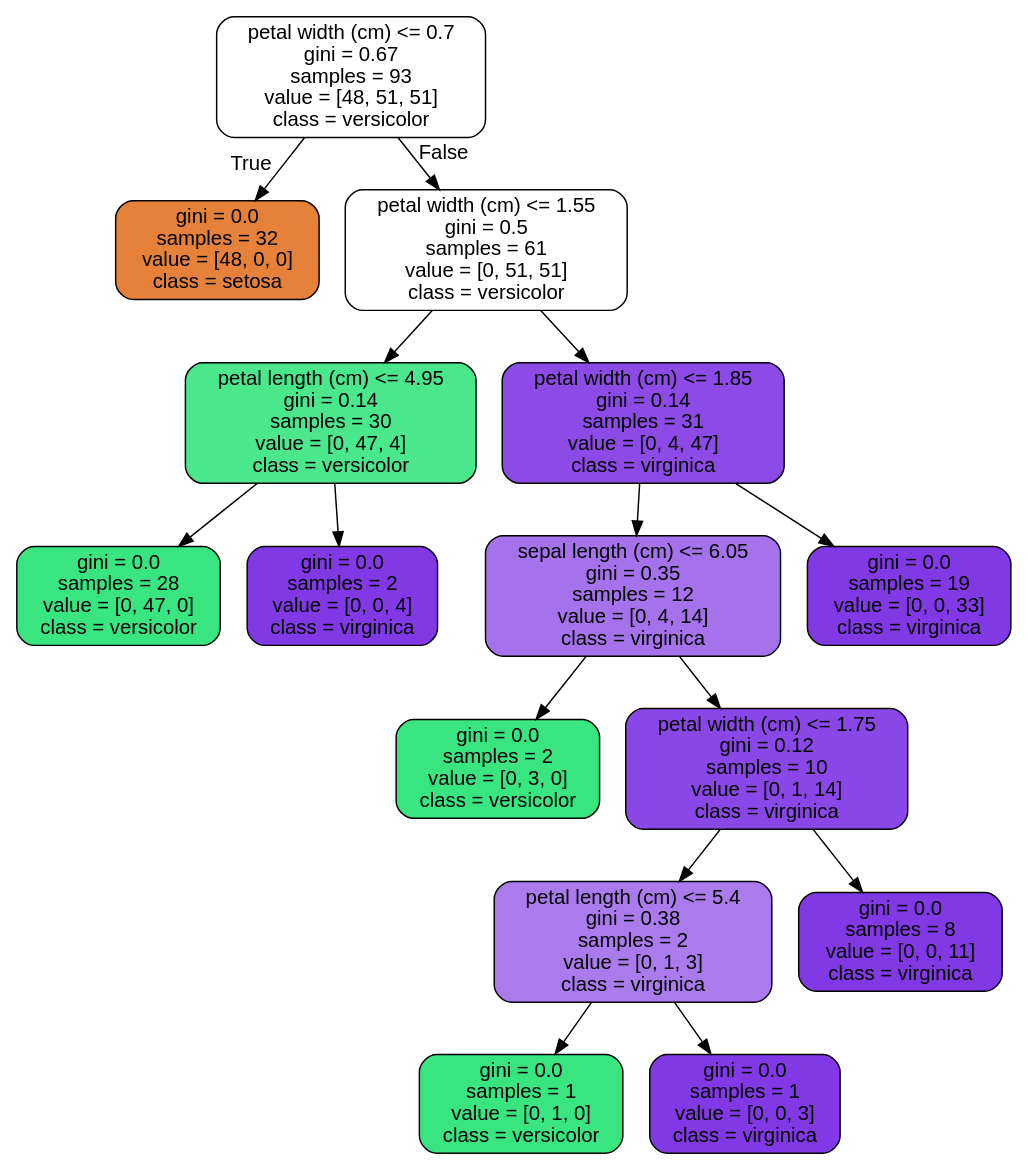
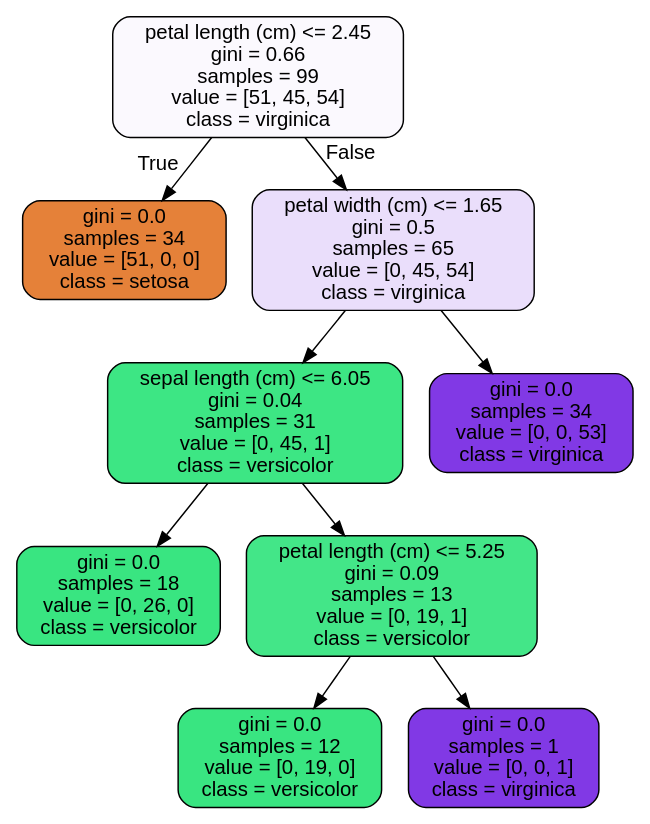
The diagram in RandomForest CovidCaseStudy/tree.dot (gabriellewald/springboard-coursework), drawn with Graphviz before and after one commit. The commit also changed 2 other files, not shown here.

```diff
--- a/RandomForest CovidCaseStudy/tree.dot
+++ b/RandomForest CovidCaseStudy/tree.dot
@@ -1,33 +1,21 @@
 digraph Tree {
 node [shape=box, style="filled, rounded", color="black", fontname=helvetica] ;
 edge [fontname=helvetica] ;
-0 [label="petal width (cm) <= 0.7\ngini = 0.67\nsamples = 93\nvalue = [48, 51, 51]\nclass = versicolor", fillcolor="#ffffff"] ;
-1 [label="gini = 0.0\nsamples = 32\nvalue = [48, 0, 0]\nclass = setosa", fillcolor="#e58139"] ;
+0 [label="petal length (cm) <= 2.45\ngini = 0.66\nsamples = 99\nvalue = [51, 45, 54]\nclass = virginica", fillcolor="#fbf9fe"] ;
+1 [label="gini = 0.0\nsamples = 34\nvalue = [51, 0, 0]\nclass = setosa", fillcolor="#e58139"] ;
 0 -> 1 [labeldistance=2.5, labelangle=45, headlabel="True"] ;
-2 [label="petal width (cm) <= 1.55\ngini = 0.5\nsamples = 61\nvalue = [0, 51, 51]\nclass = versicolor", fillcolor="#ffffff"] ;
+2 [label="petal width (cm) <= 1.65\ngini = 0.5\nsamples = 65\nvalue = [0, 45, 54]\nclass = virginica", fillcolor="#eadefb"] ;
 0 -> 2 [labeldistance=2.5, labelangle=-45, headlabel="False"] ;
-3 [label="petal length (cm) <= 4.95\ngini = 0.14\nsamples = 30\nvalue = [0, 47, 4]\nclass = versicolor", fillcolor="#4ae78c"] ;
+3 [label="sepal length (cm) <= 6.05\ngini = 0.04\nsamples = 31\nvalue = [0, 45, 1]\nclass = versicolor", fillcolor="#3de684"] ;
 2 -> 3 ;
-4 [label="gini = 0.0\nsamples = 28\nvalue = [0, 47, 0]\nclass = versicolor", fillcolor="#39e581"] ;
+4 [label="gini = 0.0\nsamples = 18\nvalue = [0, 26, 0]\nclass = versicolor", fillcolor="#39e581"] ;
 3 -> 4 ;
-5 [label="gini = 0.0\nsamples = 2\nvalue = [0, 0, 4]\nclass = virginica", fillcolor="#8139e5"] ;
+5 [label="petal length (cm) <= 5.25\ngini = 0.09\nsamples = 13\nvalue = [0, 19, 1]\nclass = versicolor", fillcolor="#43e688"] ;
 3 -> 5 ;
-6 [label="petal width (cm) <= 1.85\ngini = 0.14\nsamples = 31\nvalue = [0, 4, 47]\nclass = virginica", fillcolor="#8c4ae7"] ;
-2 -> 6 ;
-7 [label="sepal length (cm) <= 6.05\ngini = 0.35\nsamples = 12\nvalue = [0, 4, 14]\nclass = virginica", fillcolor="#a572ec"] ;
-6 -> 7 ;
-8 [label="gini = 0.0\nsamples = 2\nvalue = [0, 3, 0]\nclass = versicolor", fillcolor="#39e581"] ;
-7 -> 8 ;
-9 [label="petal width (cm) <= 1.75\ngini = 0.12\nsamples = 10\nvalue = [0, 1, 14]\nclass = virginica", fillcolor="#8a47e7"] ;
-7 -> 9 ;
-10 [label="petal length (cm) <= 5.4\ngini = 0.38\nsamples = 2\nvalue = [0, 1, 3]\nclass = virginica", fillcolor="#ab7bee"] ;
-9 -> 10 ;
-11 [label="gini = 0.0\nsamples = 1\nvalue = [0, 1, 0]\nclass = versicolor", fillcolor="#39e581"] ;
-10 -> 11 ;
-12 [label="gini = 0.0\nsamples = 1\nvalue = [0, 0, 3]\nclass = virginica", fillcolor="#8139e5"] ;
-10 -> 12 ;
-13 [label="gini = 0.0\nsamples = 8\nvalue = [0, 0, 11]\nclass = virginica", fillcolor="#8139e5"] ;
-9 -> 13 ;
-14 [label="gini = 0.0\nsamples = 19\nvalue = [0, 0, 33]\nclass = virginica", fillcolor="#8139e5"] ;
-6 -> 14 ;
+6 [label="gini = 0.0\nsamples = 12\nvalue = [0, 19, 0]\nclass = versicolor", fillcolor="#39e581"] ;
+5 -> 6 ;
+7 [label="gini = 0.0\nsamples = 1\nvalue = [0, 0, 1]\nclass = virginica", fillcolor="#8139e5"] ;
+5 -> 7 ;
+8 [label="gini = 0.0\nsamples = 34\nvalue = [0, 0, 53]\nclass = virginica", fillcolor="#8139e5"] ;
+2 -> 8 ;
 }
```
